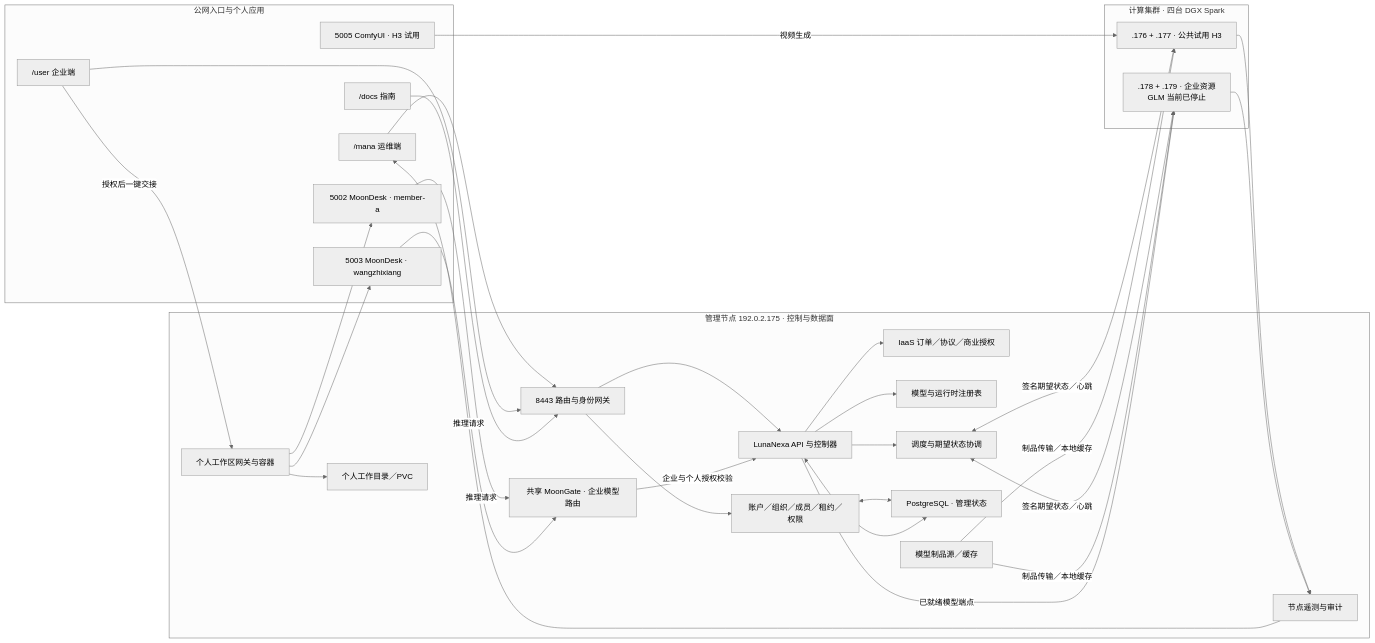
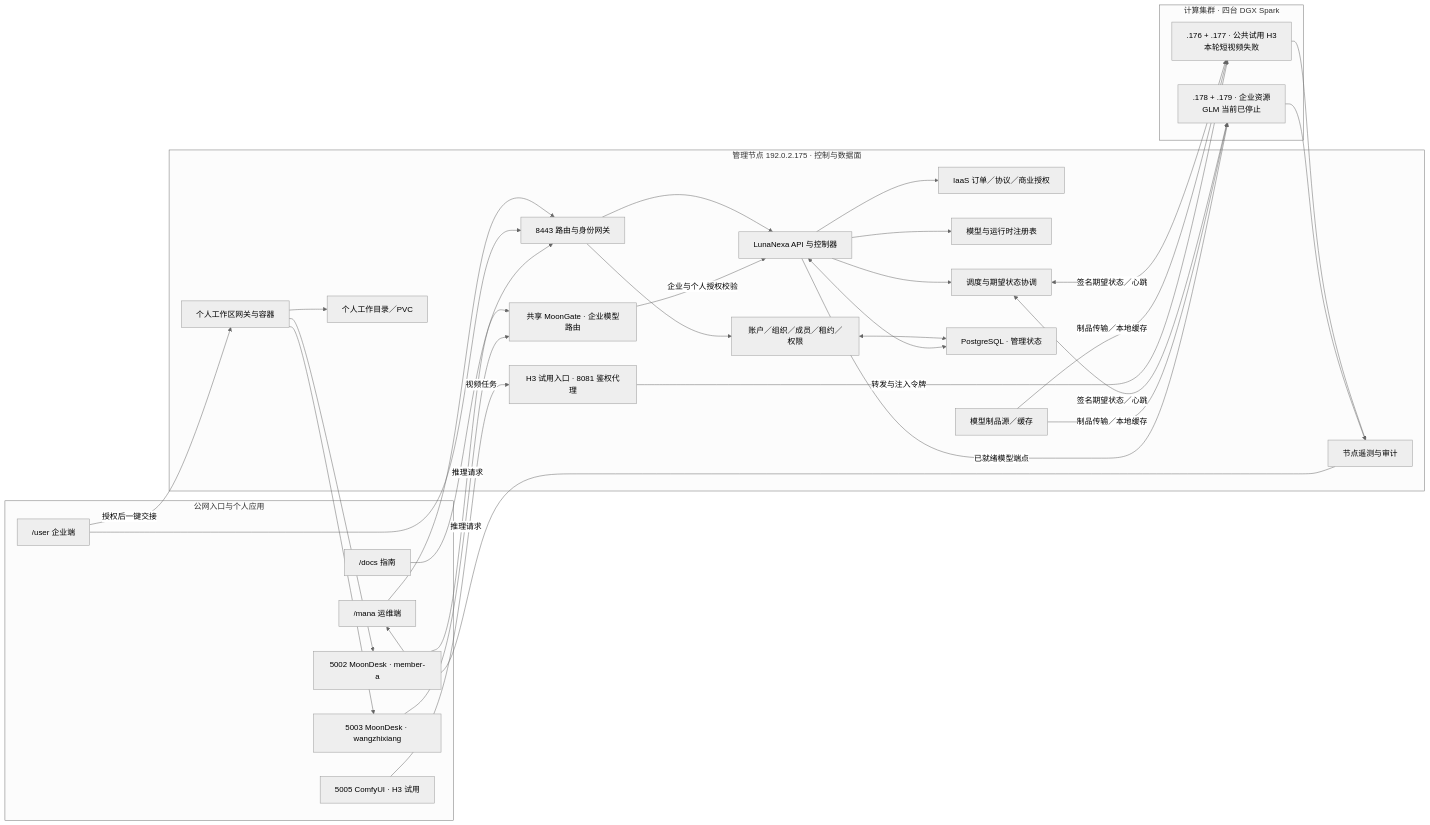
The diagram in docs/evidence/platform-panorama-live-20260925.md (vectie/lunanexa), drawn with Mermaid (neutral theme) before and after one commit. The commit also changed other lines of this file, not shown here.

Commit message:
Record failed live H3 video check and timeout evidence

````diff
--- a/docs/evidence/platform-panorama-live-20260925.md
+++ b/docs/evidence/platform-panorama-live-20260925.md
@@ -5,58 +5,60 @@
 ```mermaid
 flowchart LR
   subgraph Entry["公网入口与个人应用"]
     Mana["/mana 运维端"]
     User["/user 企业端"]
     Docs["/docs 指南"]
     DeskA["5002 MoonDesk · member-a"]
     DeskB["5003 MoonDesk · wangzhixiang"]
     Comfy["5005 ComfyUI · H3 试用"]
   end
 
   subgraph Management["管理节点 192.0.2.175 · 控制与数据面"]
     Ingress["8443 路由与身份网关"]
     Auth["账户／组织／成员／租约／权限"]
     API["LunaNexa API 与控制器"]
     Commerce["IaaS 订单／协议／商业授权"]
     Registry["模型与运行时注册表"]
     Scheduler["调度与期望状态协调"]
     Gate["共享 MoonGate · 企业模型路由"]
+    H3Proxy["H3 试用入口 · 8081 鉴权代理"]
     Workspace["个人工作区网关与容器"]
     PG["PostgreSQL · 管理状态"]
     Files["个人工作目录／PVC"]
     ModelSource["模型制品源／缓存"]
     Telemetry["节点遥测与审计"]
   end
 
   subgraph Spark["计算集群 · 四台 DGX Spark"]
-    Trial[".176 + .177 · 公共试用 H3"]
+    Trial[".176 + .177 · 公共试用 H3<br/>本轮短视频失败"]
     Enterprise[".178 + .179 · 企业资源<br/>GLM 当前已停止"]
   end
 
   Mana --> Ingress
   User --> Ingress
   Docs --> Ingress
   Ingress --> Auth
   Ingress --> API
   Auth <--> PG
   API --> Commerce
   API --> Registry
   API --> Scheduler
   API <--> PG
   Scheduler <-->|"签名期望状态／心跳"| Trial
   Scheduler <-->|"签名期望状态／心跳"| Enterprise
   Trial --> Telemetry
   Enterprise --> Telemetry
   Telemetry --> Mana
   ModelSource -->|"制品传输／本地缓存"| Trial
   ModelSource -->|"制品传输／本地缓存"| Enterprise
   User -->|"授权后一键交接"| Workspace
   Workspace --> Files
   Workspace --> DeskA
   Workspace --> DeskB
   DeskA -->|"推理请求"| Gate
   DeskB -->|"推理请求"| Gate
   Gate -->|"企业与个人授权校验"| API
   API -->|"已就绪模型端点"| Enterprise
-  Comfy -->|"视频生成"| Trial
+  Comfy -->|"视频任务"| H3Proxy
+  H3Proxy -->|"转发与注入令牌"| Trial
 ```
````
